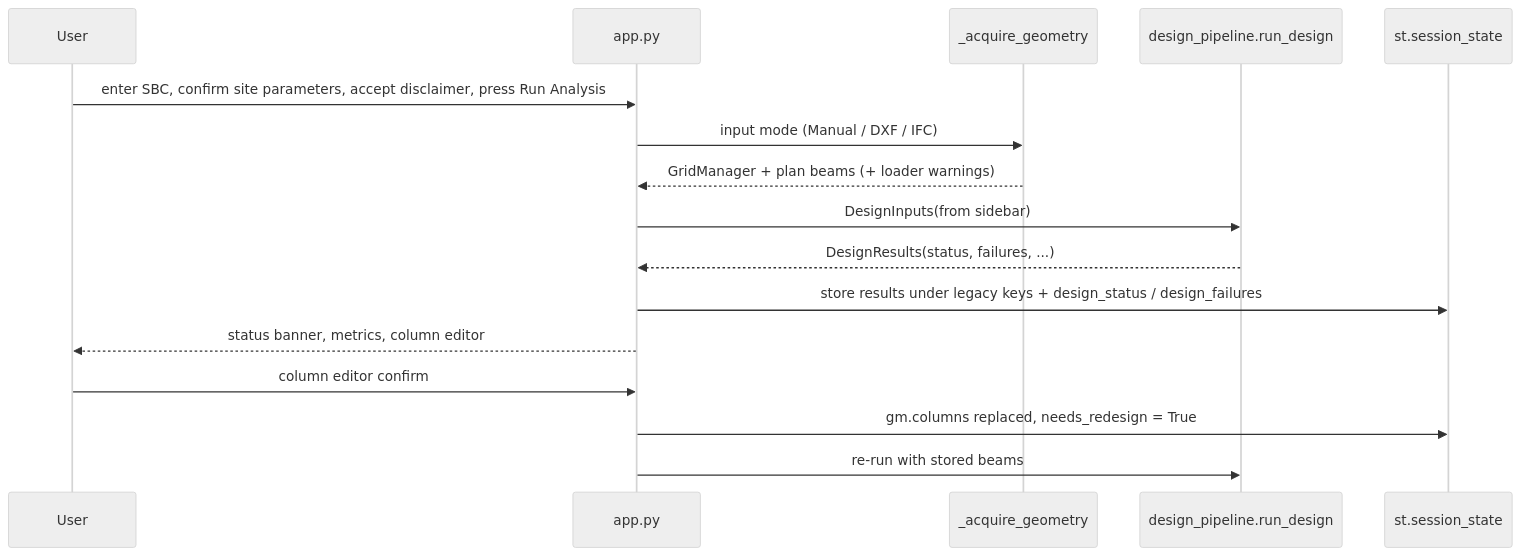
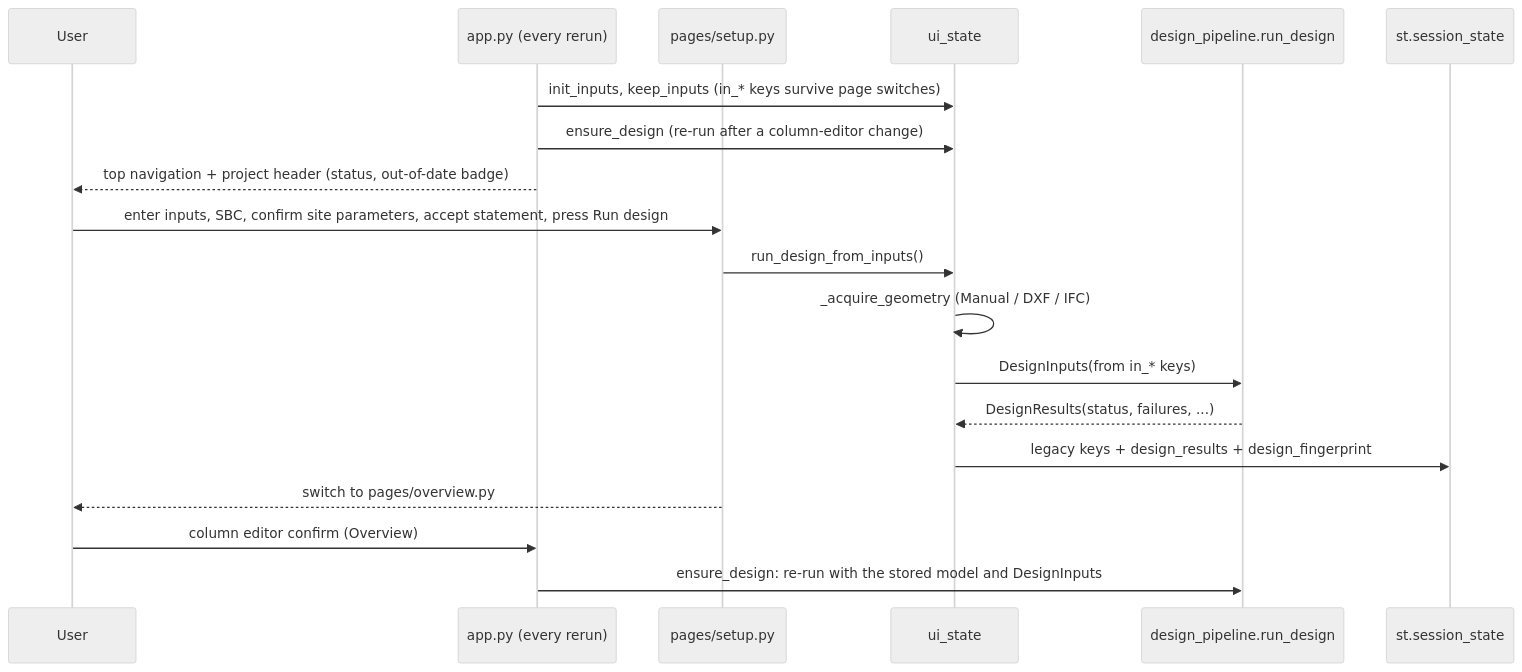
Before and after one commit to Ameerpeta-Srinidh/StructOptima: the diagram in docs/architecture/execution-flows.md, drawn with Mermaid (neutral theme). The commit also changed other lines of this file and 79 other files, not shown here.

````diff
--- a/docs/architecture/execution-flows.md
+++ b/docs/architecture/execution-flows.md
@@ -7,18 +7,21 @@
 ```mermaid
 sequenceDiagram
   participant U as User
-  participant A as app.py
-  participant G as _acquire_geometry
+  participant A as app.py (every rerun)
+  participant Su as pages/setup.py
+  participant St as ui_state
   participant P as design_pipeline.run_design
   participant S as st.session_state
-  U->>A: enter SBC, confirm site parameters, accept disclaimer, press Run Analysis
-  A->>G: input mode (Manual / DXF / IFC)
-  G-->>A: GridManager + plan beams (+ loader warnings)
-  A->>P: DesignInputs(from sidebar)
-  P-->>A: DesignResults(status, failures, ...)
-  A->>S: store results under legacy keys + design_status / design_failures
-  A-->>U: status banner, metrics, column editor
-  U->>A: column editor confirm
-  A->>S: gm.columns replaced, needs_redesign = True
-  A->>P: re-run with stored beams
+  A->>St: init_inputs, keep_inputs (in_* keys survive page switches)
+  A->>St: ensure_design (re-run after a column-editor change)
+  A-->>U: top navigation + project header (status, out-of-date badge)
+  U->>Su: enter inputs, SBC, confirm site parameters, accept statement, press Run design
+  Su->>St: run_design_from_inputs()
+  St->>St: _acquire_geometry (Manual / DXF / IFC)
+  St->>P: DesignInputs(from in_* keys)
+  P-->>St: DesignResults(status, failures, ...)
+  St->>S: legacy keys + design_results + design_fingerprint
+  Su-->>U: switch to pages/overview.py
+  U->>A: column editor confirm (Overview)
+  A->>P: ensure_design: re-run with the stored model and DesignInputs
 ```
````
